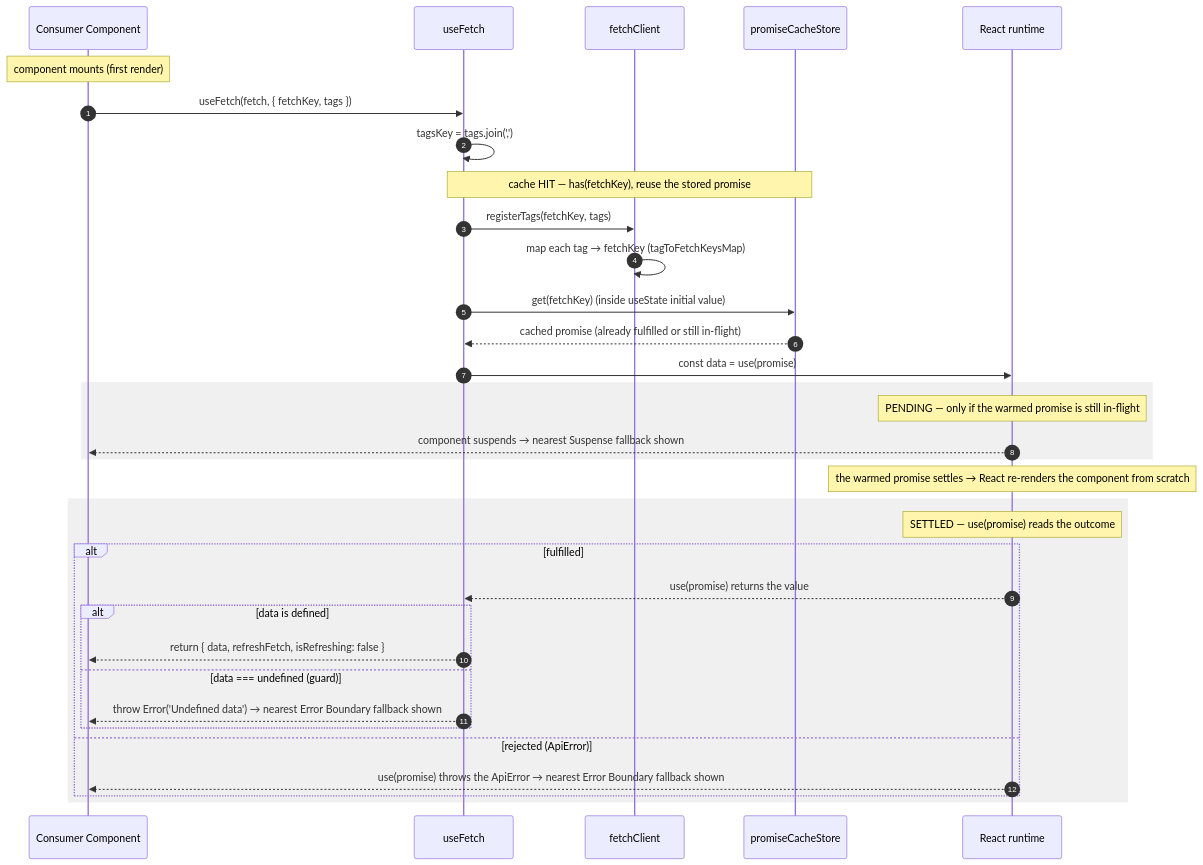
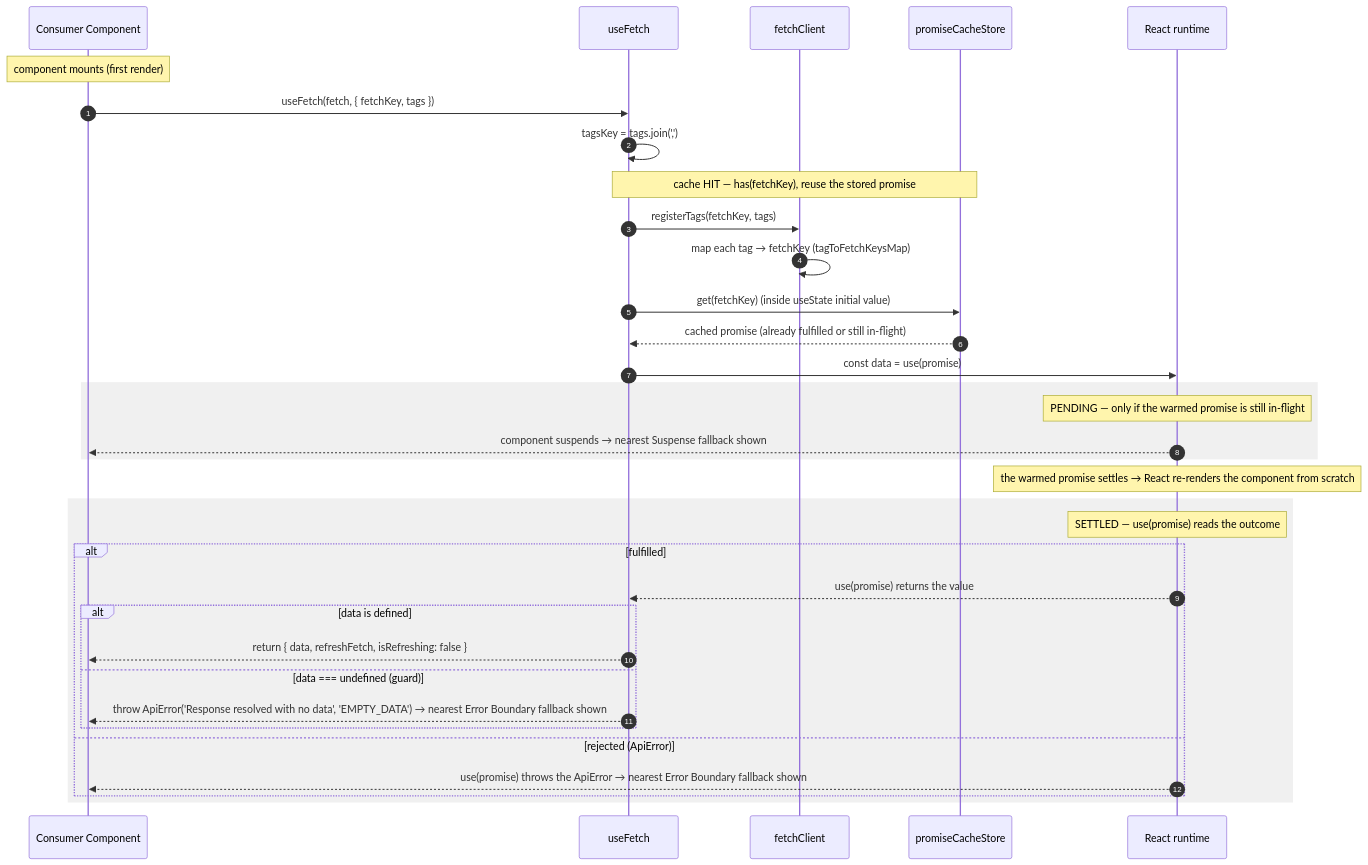
The second of 4 diagrams in docs/architecture/USE-FETCH-FLOW.md (chuhaiphu/fetchwire), drawn with Mermaid before and after one commit. The commit also changed other lines of this file and 10 other files, not shown here.

First line of the commit message:
refactor: enhance error handling and response processing in fetchwire

````diff
--- a/docs/architecture/USE-FETCH-FLOW.md
+++ b/docs/architecture/USE-FETCH-FLOW.md
@@ -38,41 +38,41 @@
 ```mermaid
 sequenceDiagram
     autonumber
     participant Cmp as Consumer Component
     participant H as useFetch
     participant FC as fetchClient
     participant Cache as promiseCacheStore
     participant React as React runtime
 
     Note over Cmp: component mounts (first render)
     Cmp->>H: useFetch(fetch, { fetchKey, tags })
     H->>H: tagsKey = tags.join(',')
 
     Note over H,Cache: cache HIT — has(fetchKey), reuse the stored promise
     H->>FC: registerTags(fetchKey, tags)
     FC->>FC: map each tag → fetchKey (tagToFetchKeysMap)
     H->>Cache: get(fetchKey)  (inside useState initial value)
     Cache-->>H: cached promise (already fulfilled or still in-flight)
     H->>React: const data = use(promise)
 
     rect rgba(128,128,128,0.12)
         Note over React: PENDING — only if the warmed promise is still in-flight
         React-->>Cmp: component suspends → nearest Suspense fallback shown
     end
 
     Note over React: the warmed promise settles → React re-renders the component from scratch
 
     rect rgba(128,128,128,0.12)
         Note over React: SETTLED — use(promise) reads the outcome
         alt fulfilled
             React-->>H: use(promise) returns the value
             alt data is defined
                 H-->>Cmp: return { data, refreshFetch, isRefreshing: false }
             else data === undefined (guard)
-                H-->>Cmp: throw Error('Undefined data') → nearest Error Boundary fallback shown
+                H-->>Cmp: throw ApiError('Response resolved with no data', 'EMPTY_DATA') → nearest Error Boundary fallback shown
             end
         else rejected (ApiError)
             React-->>Cmp: use(promise) throws the ApiError → nearest Error Boundary fallback shown
         end
     end
 ```
````
